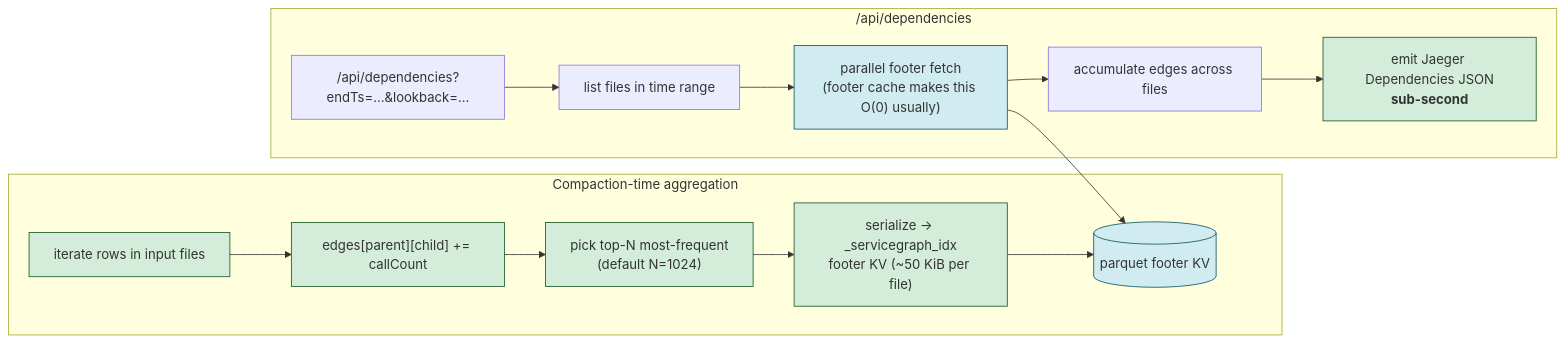
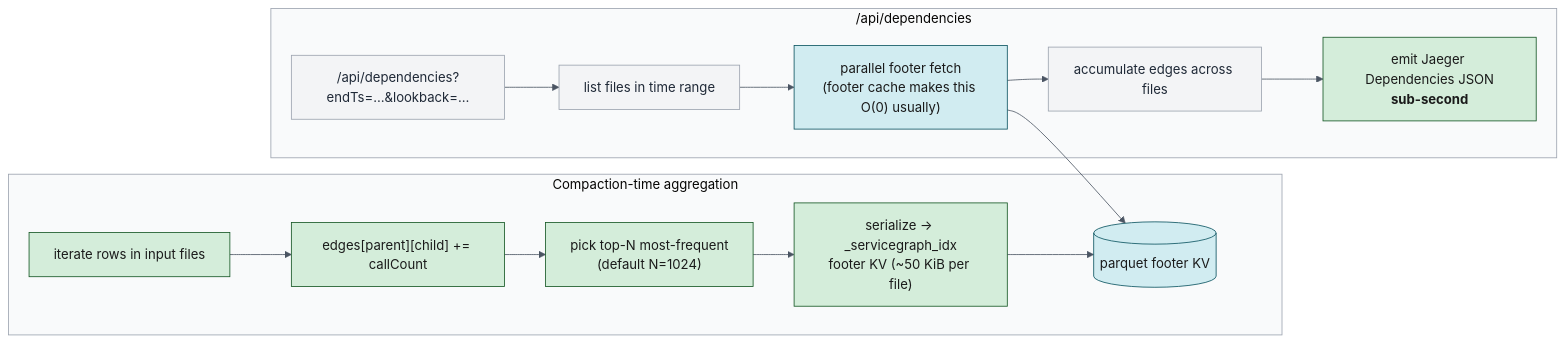
One commit to ReliablyObserve/victoria-lakehouse changed the eighth of 10 diagrams in docs/architecture/performance-machinery.md. Above: the diagram before and after it, drawn with Mermaid. The commit also changed other lines of this file, not shown here.

First line of the commit message:
docs(perf): force explicit colors so Mermaid diagrams read in dark mode

````diff
--- a/docs/architecture/performance-machinery.md
+++ b/docs/architecture/performance-machinery.md
@@ -777,23 +784,24 @@
 ```mermaid
+%%{init: {'theme':'base', 'themeVariables':{'fontFamily':'-apple-system,BlinkMacSystemFont,Segoe UI,Roboto,sans-serif','primaryColor':'#f3f4f6','primaryTextColor':'#1f2937','primaryBorderColor':'#9ca3af','lineColor':'#4b5563','secondaryColor':'#e5e7eb','tertiaryColor':'#f9fafb','background':'#ffffff','mainBkg':'#f3f4f6','clusterBkg':'#f9fafb','clusterBorder':'#9ca3af','edgeLabelBackground':'#ffffff','textColor':'#1f2937'}}}%%
 flowchart LR
     subgraph Compact["Compaction-time aggregation"]
         Iter["iterate rows in input files"] --> Acc["edges[parent][child] += callCount"]
         Acc --> TopN["pick top-N most-frequent<br/>(default N=1024)"]
         TopN --> KV["serialize → _servicegraph_idx<br/>footer KV (~50 KiB per file)"]
         KV --> S3K[("parquet footer KV")]
     end
 
     subgraph Read["/api/dependencies"]
         Req["/api/dependencies?endTs=…&lookback=…"] --> List["list files in time range"]
         List --> Fan["parallel footer fetch<br/>(footer cache makes this O(0) usually)"]
         Fan --> S3K
         Fan --> Edges["accumulate edges across files"]
         Edges --> JSON["emit Jaeger Dependencies JSON<br/><b>sub-second</b>"]
     end
 
-    classDef cheap fill:#d4edda,stroke:#155724
-    classDef cache fill:#d1ecf1,stroke:#0c5460
+    classDef cheap fill:#d4edda,stroke:#155724,color:#1a1a1a
+    classDef cache fill:#d1ecf1,stroke:#0c5460,color:#1a1a1a
     class Iter,Acc,TopN,KV cheap
     class S3K,Fan cache
     class JSON cheap
 ```
````
